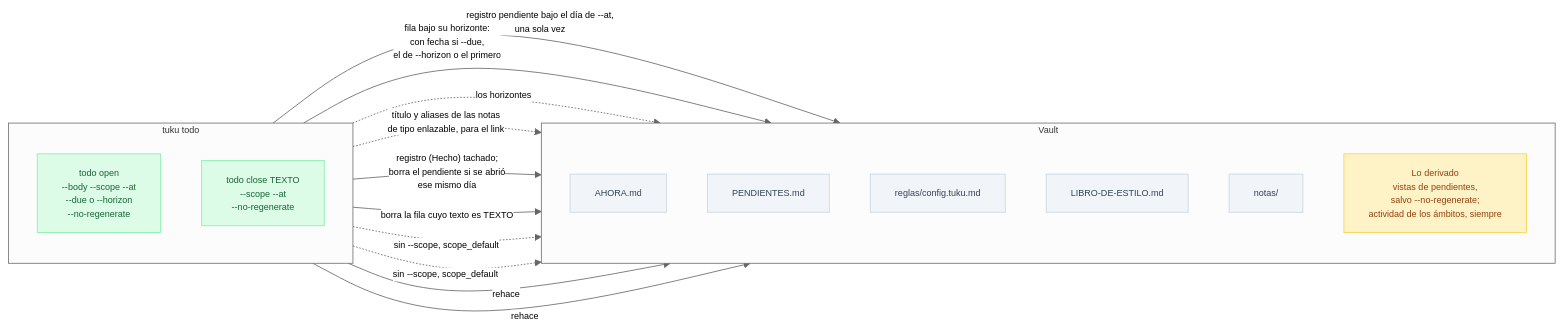
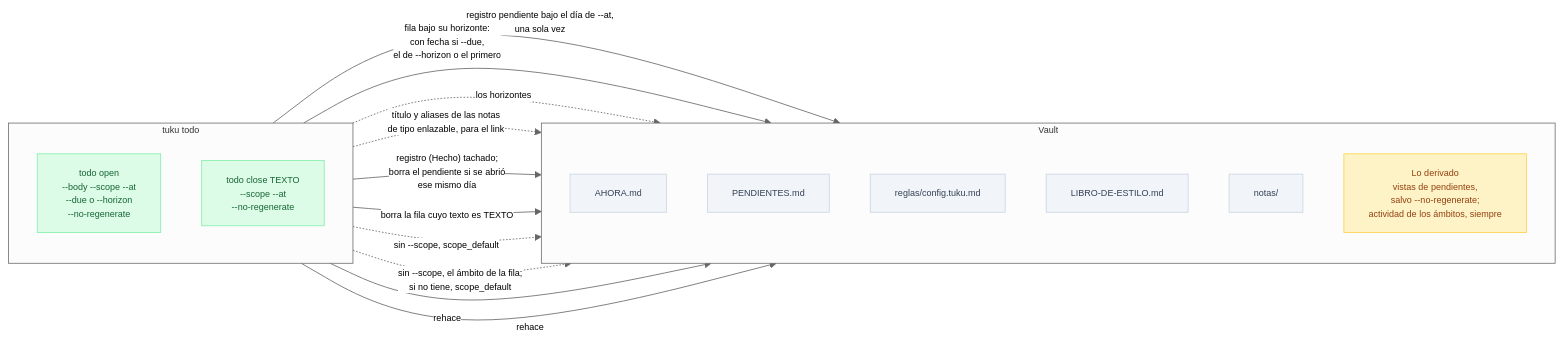
The fourth of 8 diagrams in spec/tuku.md (pewma-ai/tuku), drawn with Mermaid before and after one commit. The commit also changed 7 other files, not shown here.

First line of the commit message:
feat(todo): close sin --scope cierra en el ámbito de la fila; AGENTS.md con dos modos y ambigüedad

````diff
--- a/spec/tuku.md
+++ b/spec/tuku.md
@@ -154,34 +154,35 @@
 ```mermaid
 %%{init: {'flowchart': {'useMaxWidth': true}, 'theme': 'neutral', 'themeVariables': {'fontSize': '11px'}}}%%
 flowchart LR
     subgraph CMD["tuku todo"]
         direction TB
         TO["todo open<br/>--body --scope --at<br/>--due o --horizon<br/>--no-regenerate"]
         TC["todo close TEXTO<br/>--scope --at<br/>--no-regenerate"]
     end
     subgraph VAULT["Vault"]
         direction TB
         AH["AHORA.md"]
         PE["PENDIENTES.md"]
         CF["reglas/config.tuku.md"]
         LE["LIBRO-DE-ESTILO.md"]
         NO["notas/"]
         DER["Lo derivado<br/>vistas de pendientes,<br/>salvo --no-regenerate;<br/>actividad de los ámbitos, siempre"]
     end
 
     TO -->|"registro pendiente bajo el día de --at,<br/>una sola vez"| AH
     TO -->|"fila bajo su horizonte:<br/>con fecha si --due,<br/>el de --horizon o el primero"| PE
     TO -.->|"los horizontes"| LE
     TO -.->|"título y aliases de las notas<br/>de tipo enlazable, para el link"| NO
     TC -->|"registro (Hecho) tachado;<br/>borra el pendiente si se abrió<br/>ese mismo día"| AH
     TC -->|"borra la fila cuyo texto es TEXTO"| PE
-    TO & TC -.->|"sin --scope, scope_default"| CF
+    TO -.->|"sin --scope, scope_default"| CF
+    TC -.->|"sin --scope, el ámbito de la fila;<br/>si no tiene, scope_default"| CF
     TO & TC -->|"rehace"| DER
 
     classDef escribe fill:#dcfce7,color:#166534,stroke:#86efac
     classDef archivo fill:#f1f5f9,color:#334155,stroke:#cbd5e1
     classDef derivado fill:#fef3c7,color:#92400e,stroke:#fcd34d
     class TO,TC escribe
     class AH,PE,CF,LE,NO archivo
     class DER derivado
 ```
````
